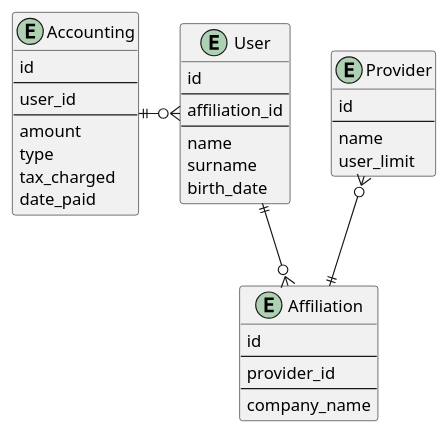
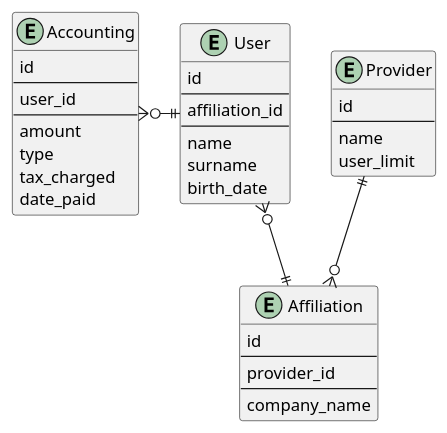
The diagram in diagrams/load_schema.puml (ikramanop/VM-Load-Testing), drawn with PlantUML before and after one commit. The commit also changed 1 other file, not shown here.

Commit message:
diagrams tweaks

```diff
--- a/diagrams/load_schema.puml
+++ b/diagrams/load_schema.puml
@@ -1,43 +1,43 @@
 @startuml
 
 entity "User" as user {
     id
     --
     affiliation_id
     --
     name
     surname
     birth_date
 }
 
 entity "Affiliation" as affiliation {
     id
     --
     provider_id
     --
     company_name
 }
 
 entity "Provider" as provider {
     id
     --
     name
     user_limit
 }
 
 entity "Accounting" as accounting {
     id
     --
     user_id
     --
     amount
     type
     tax_charged
     date_paid
 }
 
-user ||--o{ affiliation
-accounting ||-right-o{ user
-provider }o--|| affiliation
+user }o--|| affiliation
+accounting }o-right-|| user
+provider ||--o{ affiliation
 
 @enduml
```
